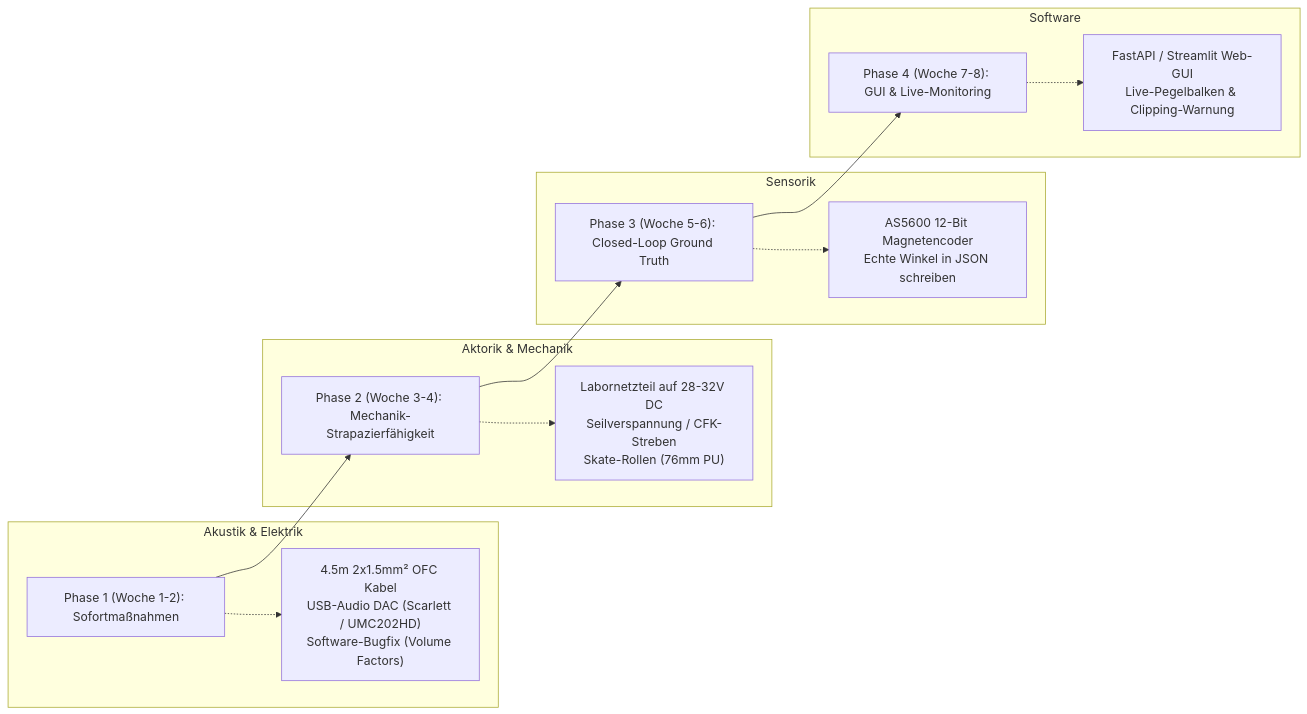
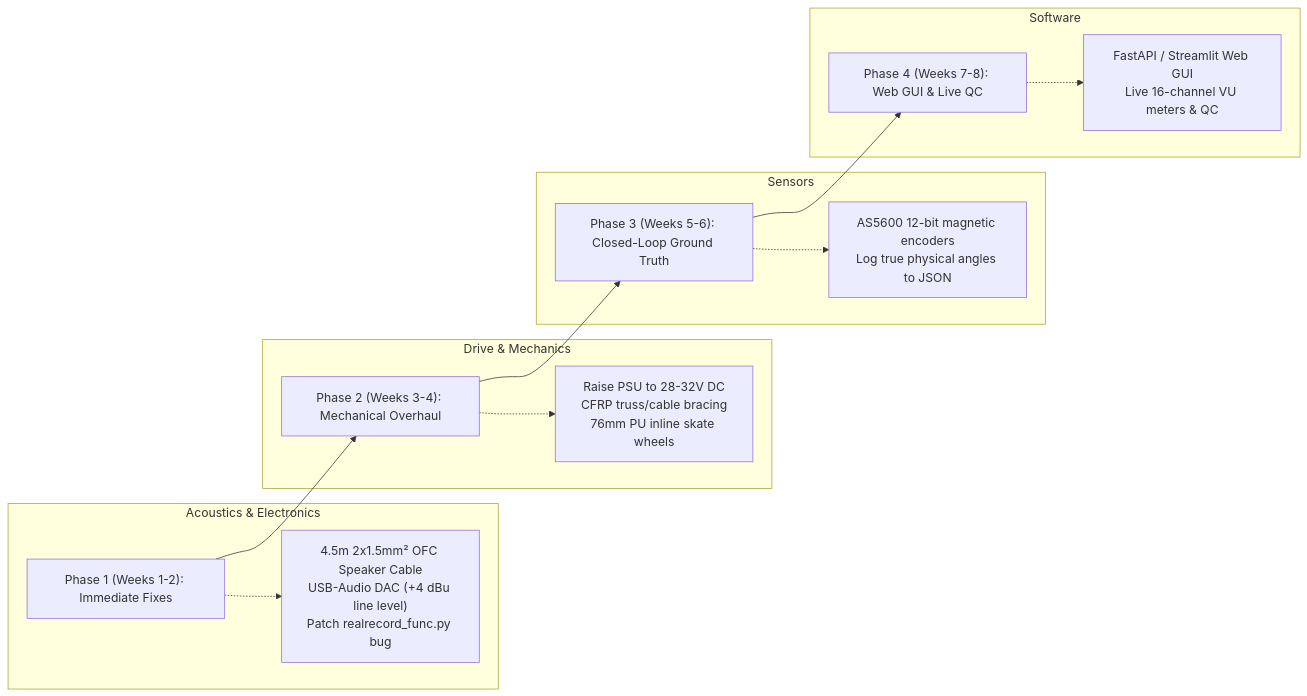
Before and after one commit to jeraj001/Assistenzsystem: the third of 3 diagrams in 02_praktikum_audio_analysis_expert_report.md, drawn with Mermaid. The commit also changed other lines of this file, not shown here.

Commit message:
Translate 02_praktikum_audio_analysis_expert_report to English

````diff
--- a/02_praktikum_audio_analysis_expert_report.md
+++ b/02_praktikum_audio_analysis_expert_report.md
@@ -352,19 +352,19 @@
 ```mermaid
 flowchart LR
-    P1["Phase 1 (Woche 1-2): Sofortmaßnahmen"] --> P2["Phase 2 (Woche 3-4): Mechanik-Strapazierfähigkeit"]
-    P2 --> P3["Phase 3 (Woche 5-6): Closed-Loop Ground Truth"]
-    P3 --> P4["Phase 4 (Woche 7-8): GUI & Live-Monitoring"]
+    P1["Phase 1 (Weeks 1-2): Immediate Fixes"] --> P2["Phase 2 (Weeks 3-4): Mechanical Overhaul"]
+    P2 --> P3["Phase 3 (Weeks 5-6): Closed-Loop Ground Truth"]
+    P3 --> P4["Phase 4 (Weeks 7-8): Web GUI & Live QC"]
 
-    subgraph Details1["Akustik & Elektrik"]
-        P1 -.-> D1["4.5m 2x1.5mm² OFC Kabel<br>USB-Audio DAC (Scarlett / UMC202HD)<br>Software-Bugfix (Volume Factors)"]
+    subgraph Details1["Acoustics & Electronics"]
+        P1 -.-> D1["4.5m 2x1.5mm² OFC Speaker Cable<br>USB-Audio DAC (+4 dBu line level)<br>Patch realrecord_func.py bug"]
     end
-    subgraph Details2["Aktorik & Mechanik"]
-        P2 -.-> D2["Labornetzteil auf 28-32V DC<br>Seilverspannung / CFK-Streben<br>Skate-Rollen (76mm PU)"]
+    subgraph Details2["Drive & Mechanics"]
+        P2 -.-> D2["Raise PSU to 28-32V DC<br>CFRP truss/cable bracing<br>76mm PU inline skate wheels"]
     end
-    subgraph Details3["Sensorik"]
-        P3 -.-> D3["AS5600 12-Bit Magnetencoder<br>Echte Winkel in JSON schreiben"]
+    subgraph Details3["Sensors"]
+        P3 -.-> D3["AS5600 12-bit magnetic encoders<br>Log true physical angles to JSON"]
     end
     subgraph Details4["Software"]
-        P4 -.-> D4["FastAPI / Streamlit Web-GUI<br>Live-Pegelbalken & Clipping-Warnung"]
+        P4 -.-> D4["FastAPI / Streamlit Web GUI<br>Live 16-channel VU meters & QC"]
     end
 ```
````
